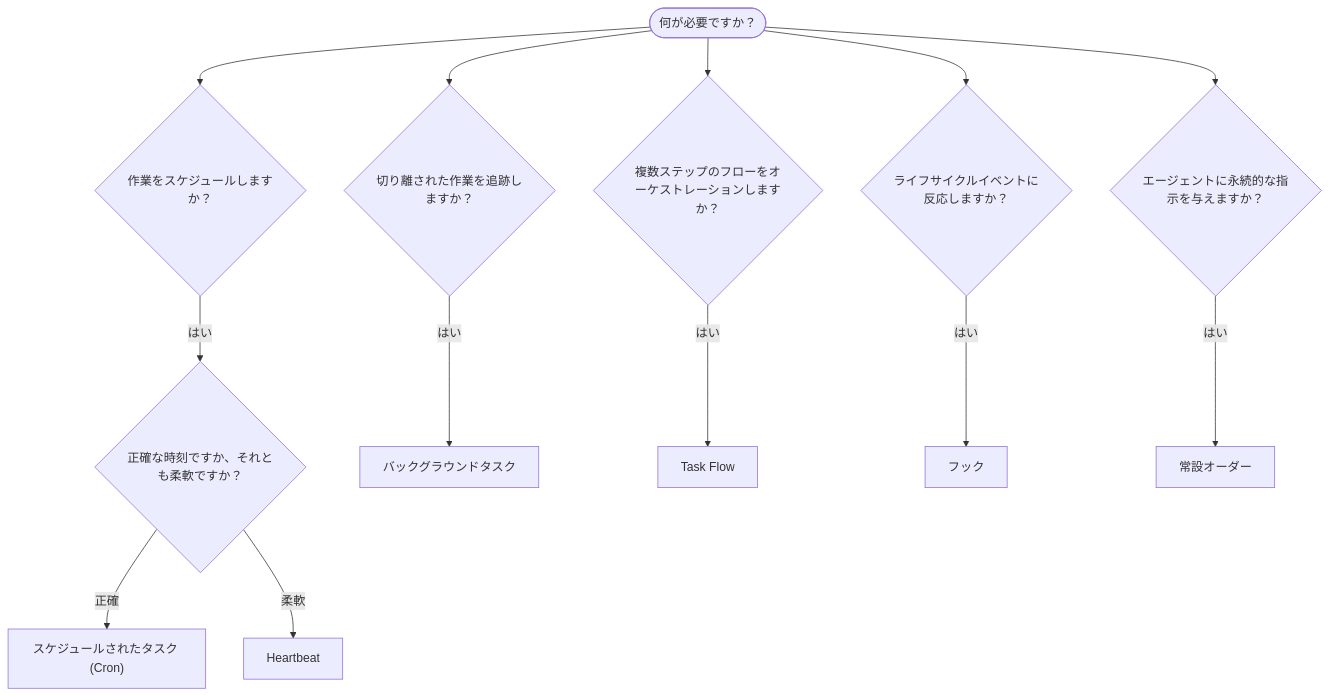
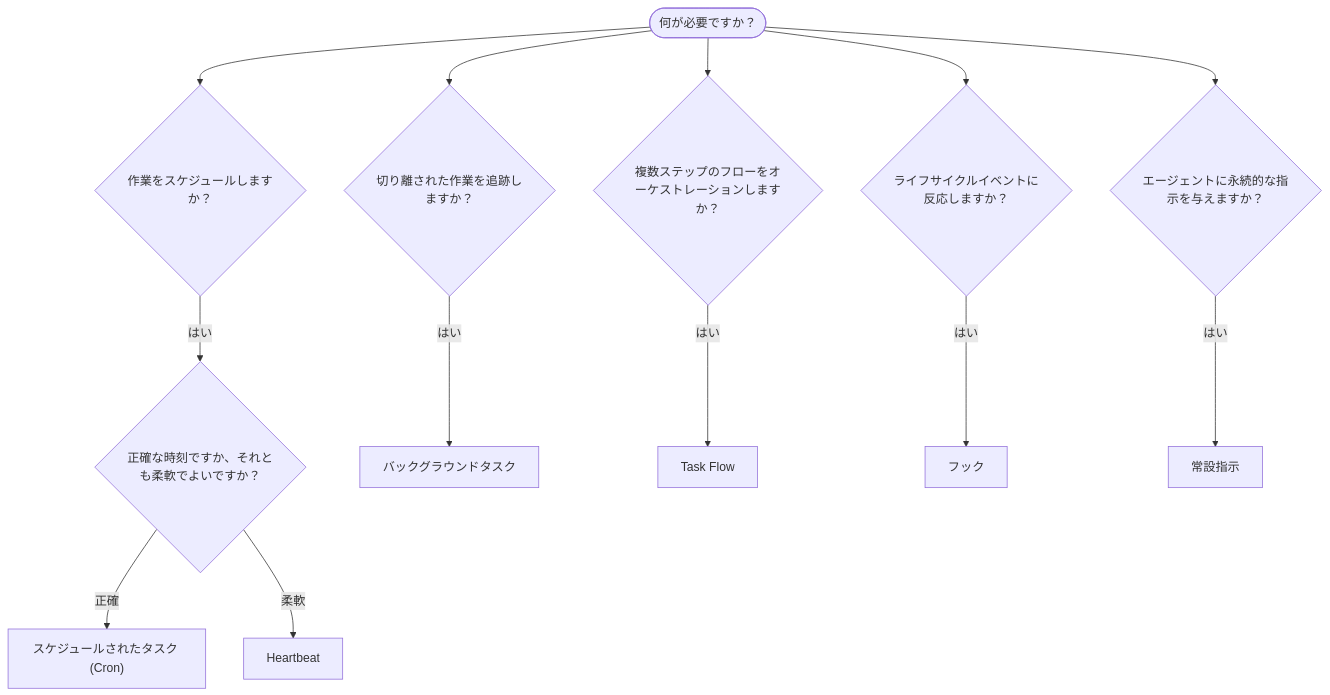
Before and after one commit to daichangya/openclaw-docs: the diagram in docs/ja-JP/automation/index.md, drawn with Mermaid. The commit also changed other lines of this file and 142 other files, not shown here.

````diff
--- a/docs/ja-JP/automation/index.md
+++ b/docs/ja-JP/automation/index.md
@@ -21,17 +21,17 @@
 ```mermaid
 flowchart TD
     START([何が必要ですか？]) --> Q1{作業をスケジュールしますか？}
     START --> Q2{切り離された作業を追跡しますか？}
     START --> Q3{複数ステップのフローをオーケストレーションしますか？}
     START --> Q4{ライフサイクルイベントに反応しますか？}
     START --> Q5{エージェントに永続的な指示を与えますか？}
 
-    Q1 -->|はい| Q1a{正確な時刻ですか、それとも柔軟ですか？}
+    Q1 -->|はい| Q1a{正確な時刻ですか、それとも柔軟でよいですか？}
     Q1a -->|正確| CRON["スケジュールされたタスク (Cron)"]
     Q1a -->|柔軟| HEARTBEAT[Heartbeat]
 
     Q2 -->|はい| TASKS[バックグラウンドタスク]
     Q3 -->|はい| FLOW[Task Flow]
     Q4 -->|はい| HOOKS[フック]
-    Q5 -->|はい| SO[常設オーダー]
+    Q5 -->|はい| SO[常設指示]
 ```
````
